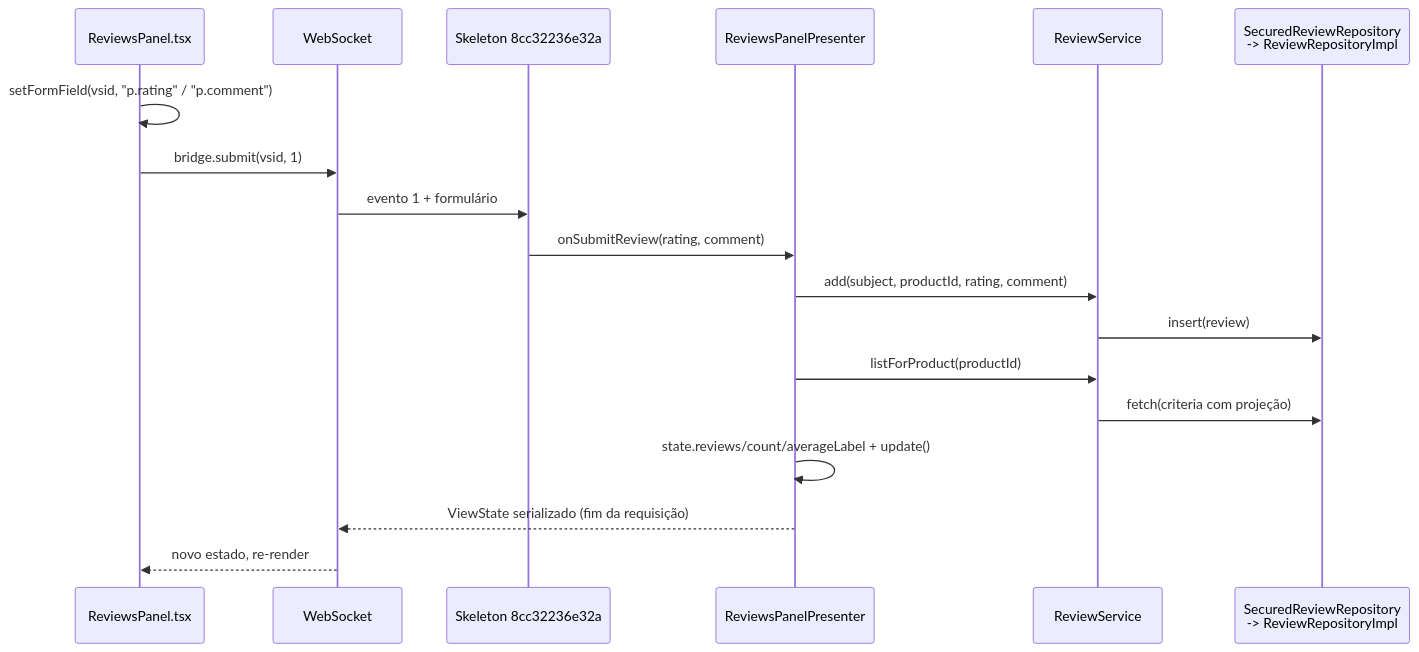
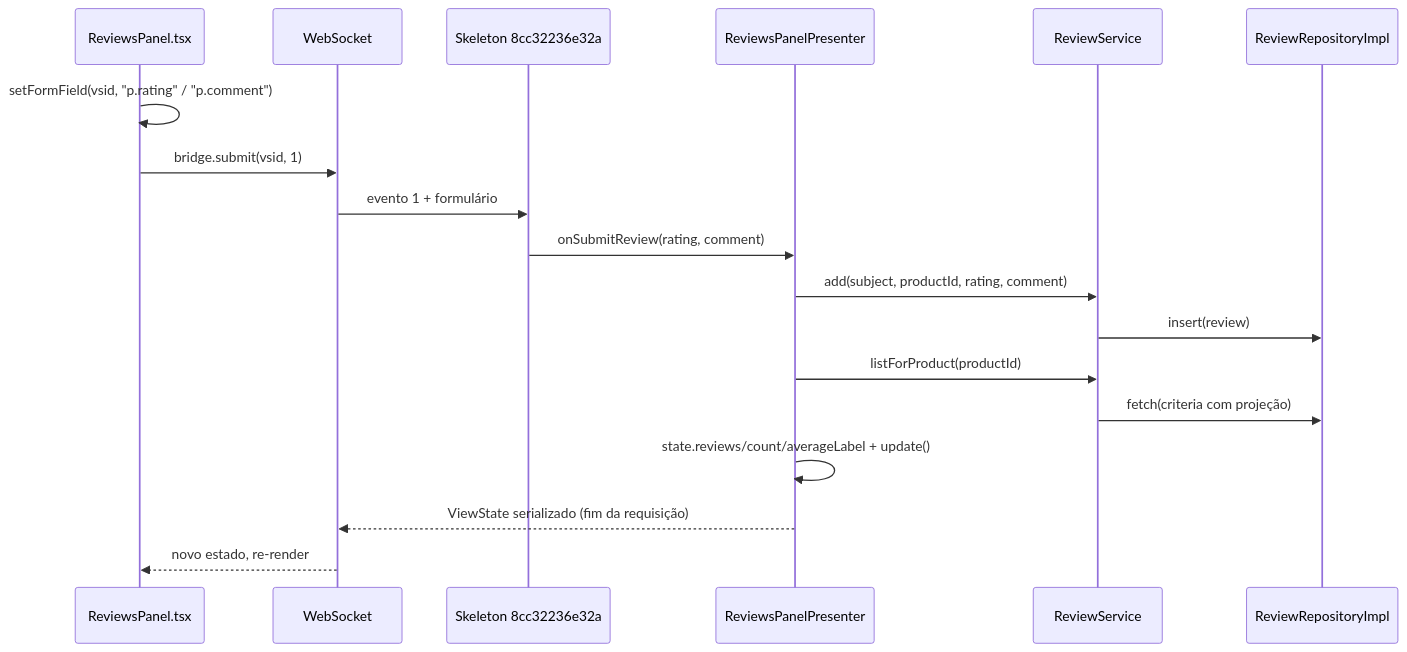
Before and after one commit to mrcdom/wdc-cube-php: the second of 2 diagrams in docs/dev/criar-funcionalidade.md, drawn with Mermaid. The commit also changed other lines of this file and 18 other files, not shown here.

````diff
--- a/docs/dev/criar-funcionalidade.md
+++ b/docs/dev/criar-funcionalidade.md
@@ -133,20 +130,20 @@
 ```mermaid
 sequenceDiagram
   participant RV as ReviewsPanel.tsx
   participant WS as WebSocket
   participant SK as Skeleton 8cc32236e32a
   participant P as ReviewsPanelPresenter
   participant S as ReviewService
-  participant R as SecuredReviewRepository<br/>-> ReviewRepositoryImpl
+  participant R as ReviewRepositoryImpl
   RV->>RV: setFormField(vsid, "p.rating" / "p.comment")
   RV->>WS: bridge.submit(vsid, 1)
   WS->>SK: evento 1 + formulário
   SK->>P: onSubmitReview(rating, comment)
   P->>S: add(subject, productId, rating, comment)
   S->>R: insert(review)
   P->>S: listForProduct(productId)
   S->>R: fetch(criteria com projeção)
   P->>P: state.reviews/count/averageLabel + update()
   P-->>WS: ViewState serializado (fim da requisição)
   WS-->>RV: novo estado, re-render
 ```
````
